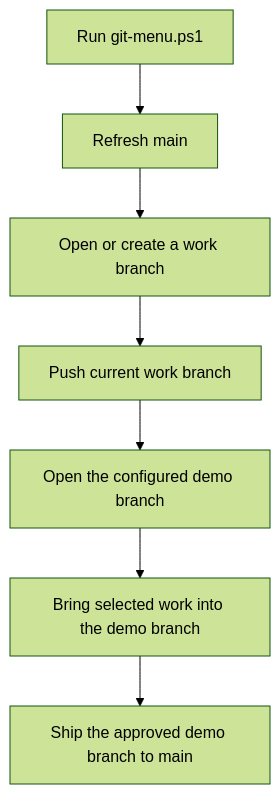
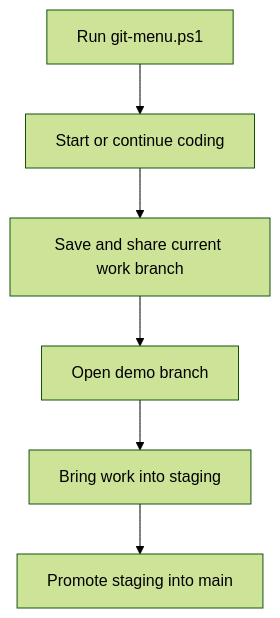
Before and after one commit to swinneyj/soc-plaform: the fourth of 4 diagrams in docs/GIT_VISUAL_MAP.md, drawn with Mermaid (forest theme). The commit also changed other lines of this file and 1 other file, not shown here.

Commit message:
Move git workflow changes to staging

````diff
--- a/docs/GIT_VISUAL_MAP.md
+++ b/docs/GIT_VISUAL_MAP.md
@@ -72,9 +66,8 @@
 ```mermaid
 flowchart TD
-    A[Run git-menu.ps1] --> B[Refresh main]
-    B --> C[Open or create a work branch]
-    C --> D[Push current work branch]
-    D --> E[Open the configured demo branch]
-    E --> F[Bring selected work into the demo branch]
-    F --> G[Ship the approved demo branch to main]
+    A[Run git-menu.ps1] --> B[Start or continue coding]
+    B --> C[Save and share current work branch]
+    C --> D[Open demo branch]
+    D --> E[Bring work into staging]
+    E --> F[Promote staging into main]
 ```
````
